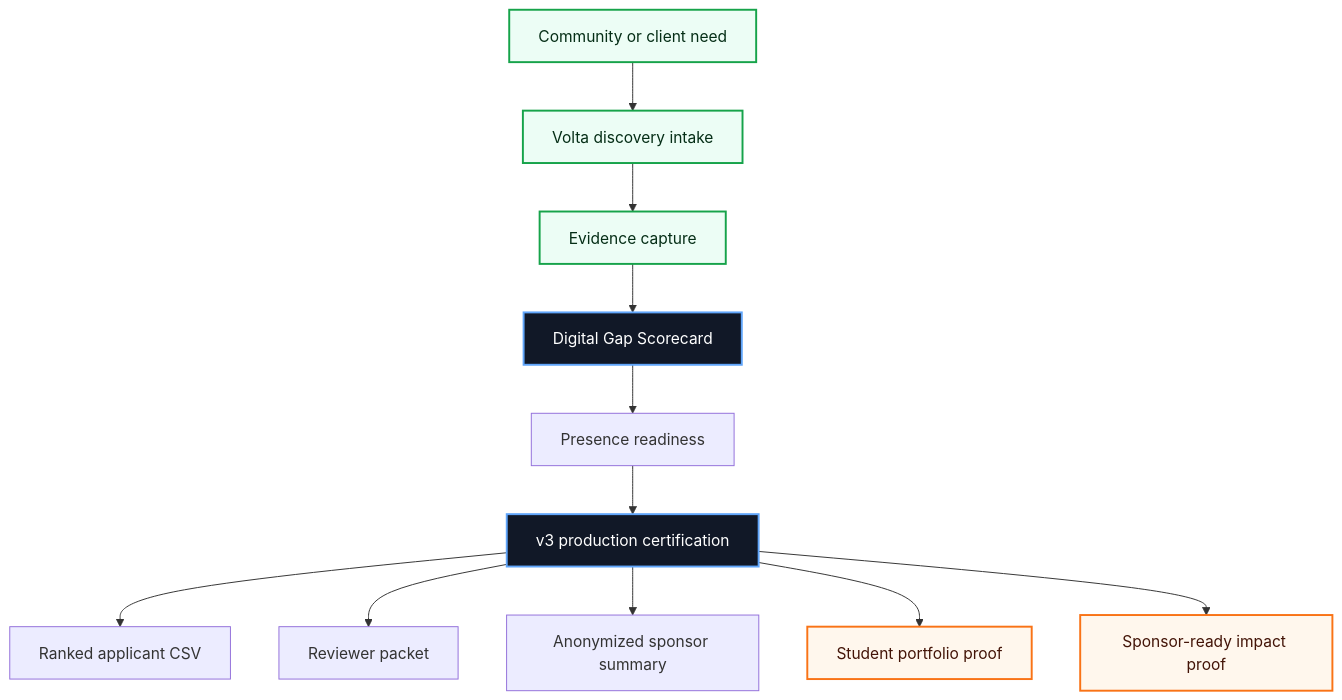
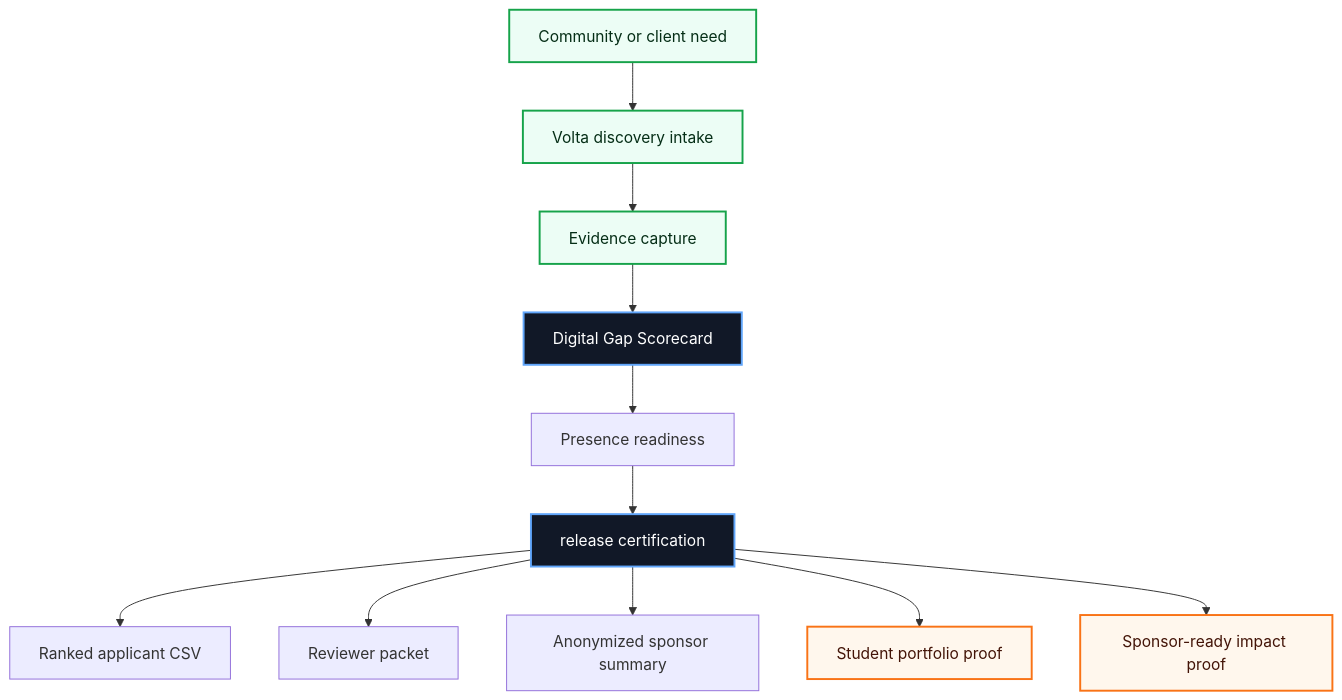
Before and after one commit to volta-npo/digital-gap-scorecard: the first of 3 diagrams in README.md, drawn with Mermaid. The commit also changed other lines of this file and 35 other files, not shown here.

````diff
--- a/README.md
+++ b/README.md
@@ -43,20 +43,20 @@
 ```mermaid
 flowchart TD
     Need["Community or client need"] --> Intake["Volta discovery intake"]
     Intake --> Evidence["Evidence capture"]
     Evidence --> Workbench["Digital Gap Scorecard"]
     Workbench --> Score["Presence readiness"]
-    Score --> Cert["v3 production certification"]
+    Score --> Cert["release certification"]
     Cert --> A1["Ranked applicant CSV"]
     Cert --> A2["Reviewer packet"]
     Cert --> A3["Anonymized sponsor summary"]
     Cert --> Student["Student portfolio proof"]
     Cert --> Sponsor["Sponsor-ready impact proof"]
 
     classDef volta fill:#111827,stroke:#60a5fa,color:#ffffff,stroke-width:2px;
     classDef equity fill:#ecfdf5,stroke:#16a34a,color:#052e16,stroke-width:2px;
     classDef proof fill:#fff7ed,stroke:#f97316,color:#431407,stroke-width:2px;
     class Workbench,Cert volta;
     class Need,Intake,Evidence equity;
     class Student,Sponsor proof;
 ```
````
